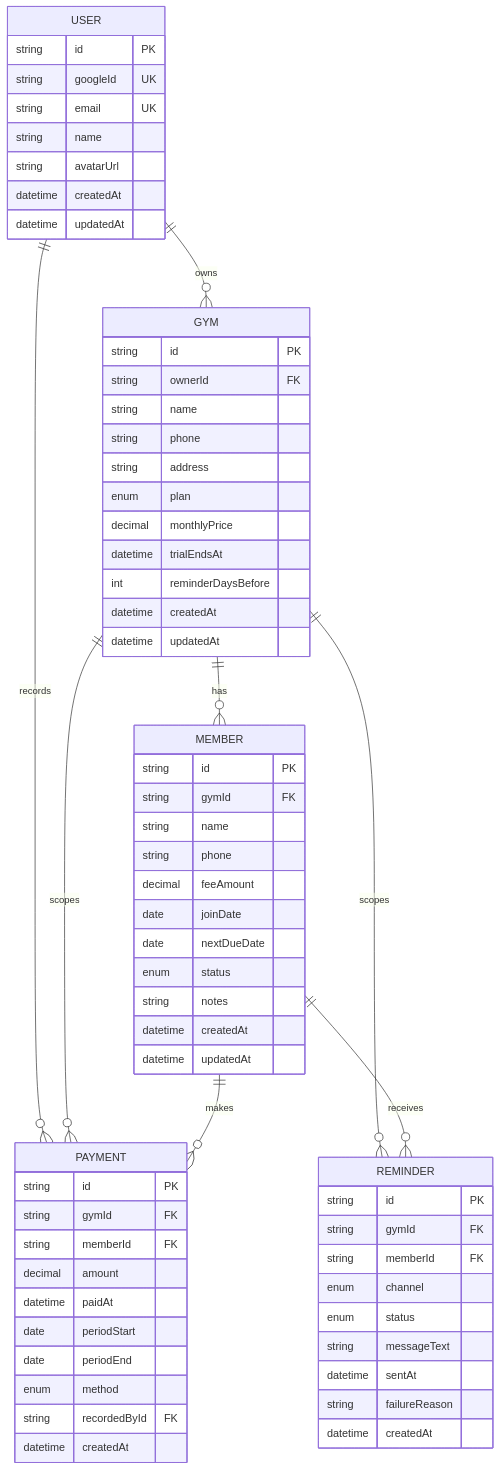
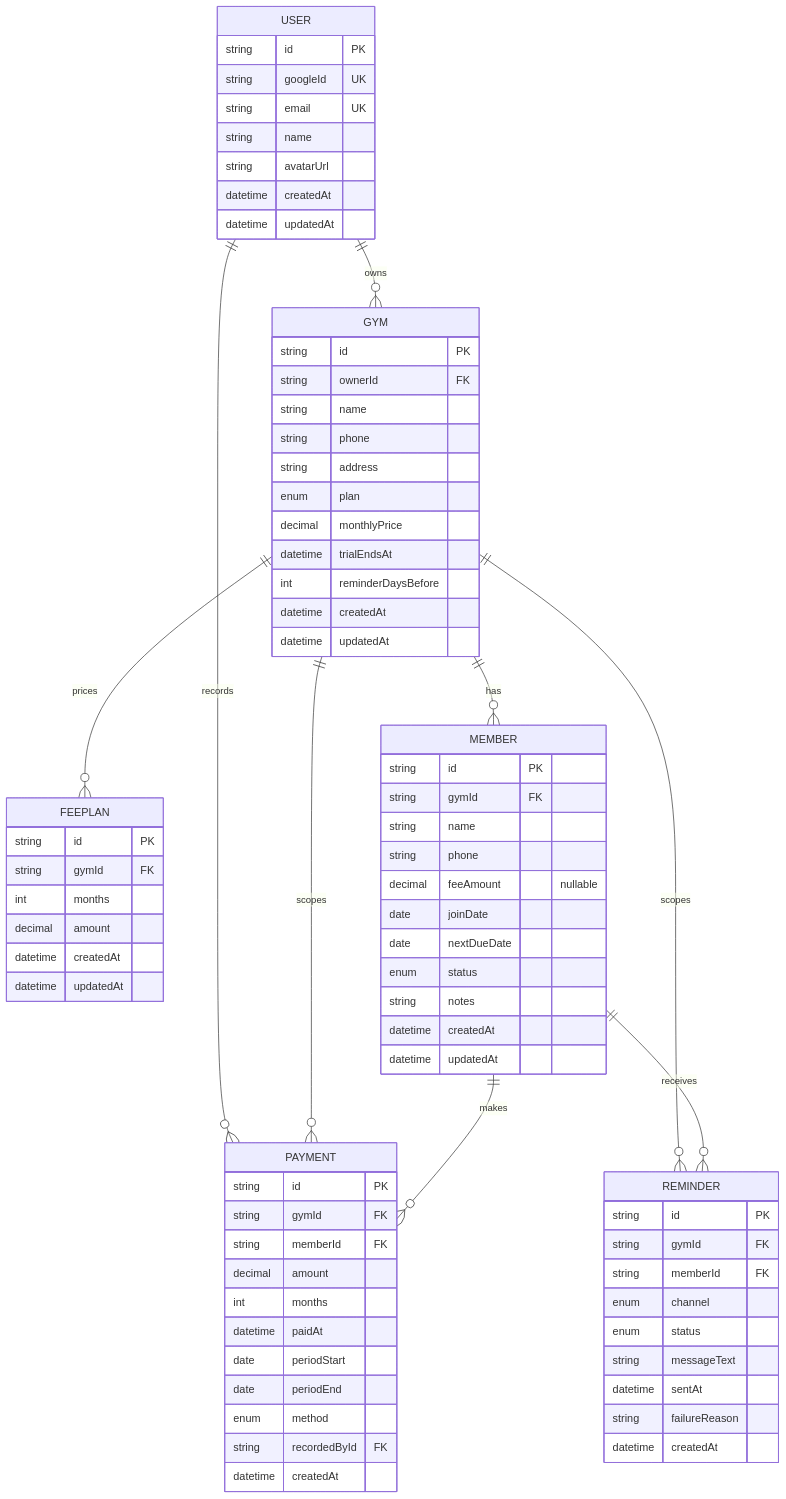
Before and after one commit to v4vikram/reminder: the diagram in docs/schema.md, drawn with Mermaid. The commit also changed other lines of this file and 32 other files, not shown here.

````diff
--- a/docs/schema.md
+++ b/docs/schema.md
@@ -20,6 +20,7 @@
 ```mermaid
 erDiagram
     USER ||--o{ GYM : "owns"
+    GYM ||--o{ FEEPLAN : "prices"
     USER ||--o{ PAYMENT : "records"
     GYM ||--o{ MEMBER : "has"
     GYM ||--o{ PAYMENT : "scopes"
@@ -51,12 +52,21 @@
         datetime updatedAt
     }
 
+    FEEPLAN {
+        string id PK
+        string gymId FK
+        int months
+        decimal amount
+        datetime createdAt
+        datetime updatedAt
+    }
+
     MEMBER {
         string id PK
         string gymId FK
         string name
         string phone
-        decimal feeAmount
+        decimal feeAmount "nullable"
         date joinDate
         date nextDueDate
         enum status
@@ -70,6 +80,7 @@
         string gymId FK
         string memberId FK
         decimal amount
+        int months
         datetime paidAt
         date periodStart
         date periodEnd
````
